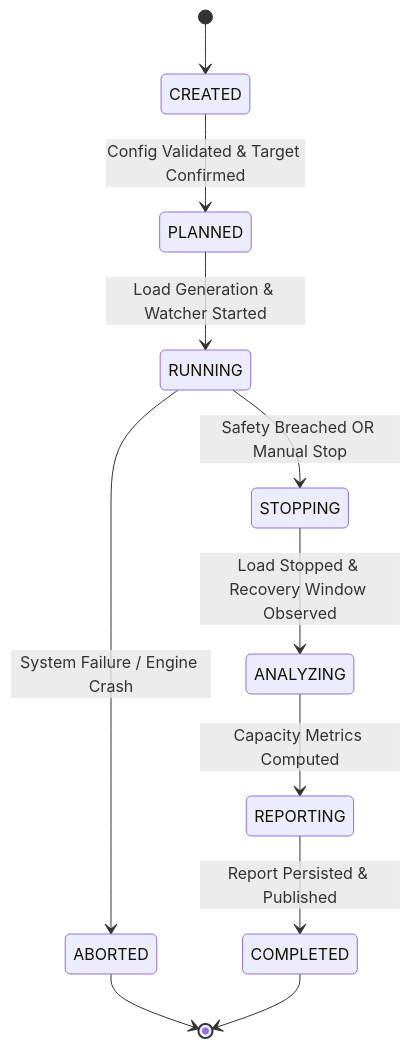
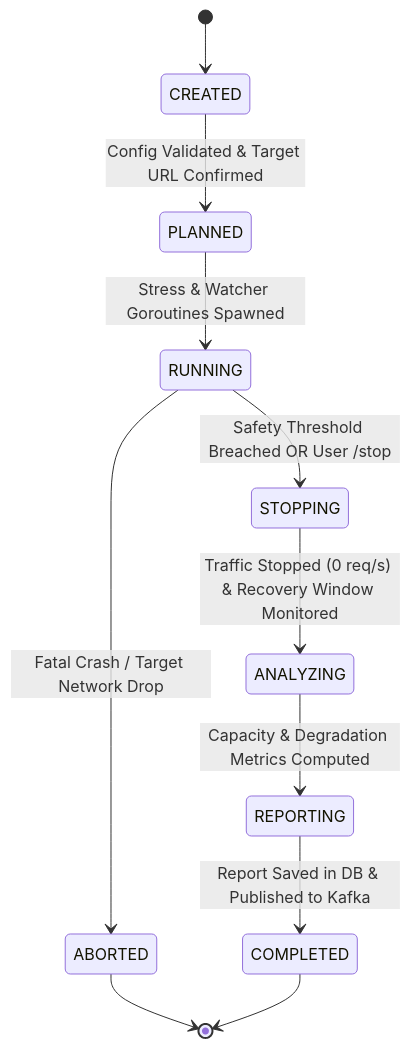
Before and after one commit to drumilbhati/damascus: the first of 2 diagrams in docs/LLD.md, drawn with Mermaid. The commit also changed other lines of this file and 8 other files, not shown here.

Commit message:
Refine Architecture For Autonomous Resilience Testing

````diff
--- a/docs/LLD.md
+++ b/docs/LLD.md
@@ -271,16 +298,16 @@
 ```mermaid
 stateDiagram-v2
     [*] --> CREATED
-    CREATED --> PLANNED : Config Validated & Target Confirmed
-    PLANNED --> RUNNING : Load Generation & Watcher Started
+    CREATED --> PLANNED : Config Validated & Target URL Confirmed
+    PLANNED --> RUNNING : Stress & Watcher Goroutines Spawned
     
-    RUNNING --> STOPPING : Safety Breached OR Manual Stop
-    RUNNING --> ABORTED : System Failure / Engine Crash
+    RUNNING --> STOPPING : Safety Threshold Breached OR User /stop
+    RUNNING --> ABORTED : Fatal Crash / Target Network Drop
     
-    STOPPING --> ANALYZING : Load Stopped & Recovery Window Observed
-    ANALYZING --> REPORTING : Capacity Metrics Computed
-    REPORTING --> COMPLETED : Report Persisted & Published
+    STOPPING --> ANALYZING : Traffic Stopped (0 req/s) & Recovery Window Monitored
+    ANALYZING --> REPORTING : Capacity & Degradation Metrics Computed
+    REPORTING --> COMPLETED : Report Saved in DB & Published to Kafka
     
     ABORTED --> [*]
     COMPLETED --> [*]
 ```
````
